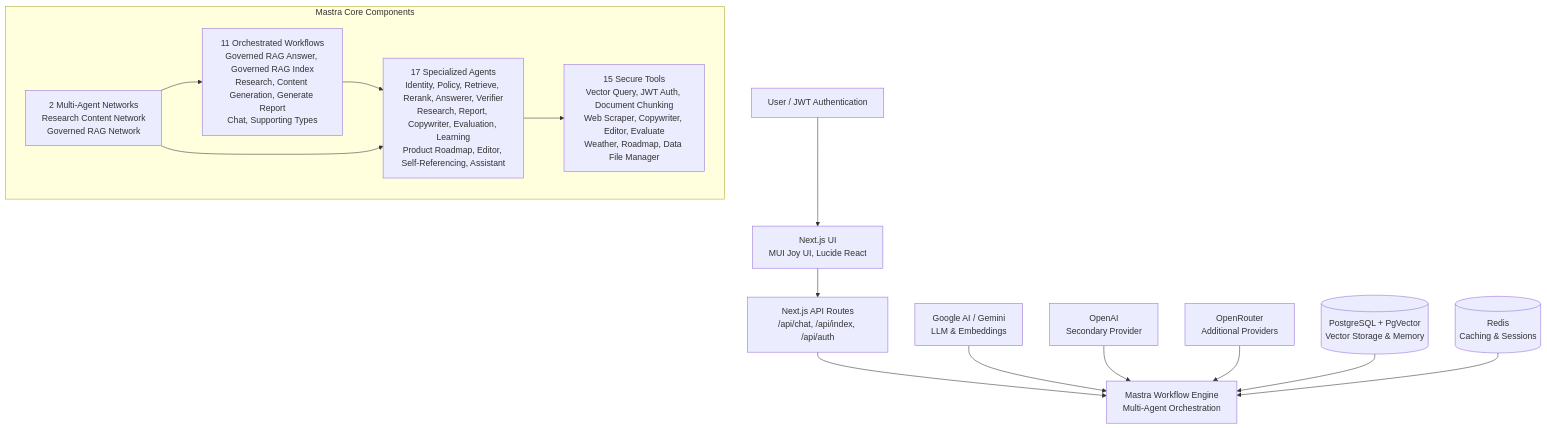
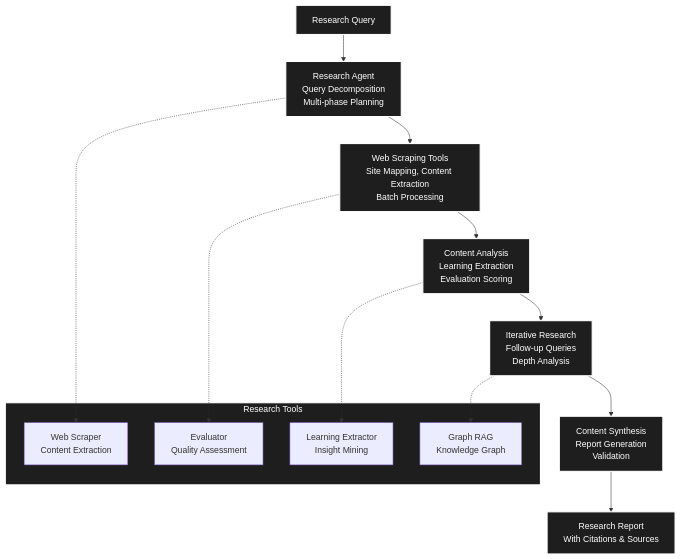
The second of 3 diagrams in README.md (ssdeanx/secure-rag-multi-agent), drawn with Mermaid before and after one commit. The commit also changed other lines of this file and 9 other files, not shown here.

````diff
--- a/README.md
+++ b/README.md
@@ -36,25 +144,38 @@
 ```mermaid
-graph TB
-    User[User / JWT Authentication] --> UI[Next.js UI<br/>MUI Joy UI, Lucide React]
-    UI --> API[Next.js API Routes<br/>/api/chat, /api/index, /api/auth]
-    API --> Mastra[Mastra Workflow Engine<br/>Multi-Agent Orchestration]
+flowchart TD
+    %% Research Input
+    A[Research Query] --> B[Research Agent<br/>Query Decomposition<br/>Multi-phase Planning]
 
-    GoogleAI[Google AI / Gemini<br/>LLM & Embeddings] --> Mastra
-    OpenAI[OpenAI<br/>Secondary Provider] --> Mastra
-    OpenRouter[OpenRouter<br/>Additional Providers] --> Mastra
+    %% Initial Research Phase
+    B --> C[Web Scraping Tools<br/>Site Mapping, Content Extraction<br/>Batch Processing]
 
-    PostgreSQL[(PostgreSQL + PgVector<br/>Vector Storage & Memory)] --> Mastra
-    Redis[(Redis<br/>Caching & Sessions)] --> Mastra
+    %% Analysis Phase
+    C --> D[Content Analysis<br/>Learning Extraction<br/>Evaluation Scoring]
 
-    subgraph MastraInternal[Mastra Core Components]
-        Agents[17 Specialized Agents<br/>Identity, Policy, Retrieve, Rerank, Answerer, Verifier<br/>Research, Report, Copywriter, Evaluation, Learning<br/>Product Roadmap, Editor, Self-Referencing, Assistant]
-        Workflows[11 Orchestrated Workflows<br/>Governed RAG Answer, Governed RAG Index<br/>Research, Content Generation, Generate Report<br/>Chat, Supporting Types]
-        Tools[15 Secure Tools<br/>Vector Query, JWT Auth, Document Chunking<br/>Web Scraper, Copywriter, Editor, Evaluate<br/>Weather, Roadmap, Data File Manager]
-        Networks[2 Multi-Agent Networks<br/>Research Content Network<br/>Governed RAG Network]
+    %% Follow-up Research
+    D --> E[Iterative Research<br/>Follow-up Queries<br/>Depth Analysis]
+
+    %% Synthesis Phase
+    E --> F[Content Synthesis<br/>Report Generation<br/>Validation]
+
+    %% Output
+    F --> G[Research Report<br/>With Citations & Sources]
+
+    %% Supporting Tools
+    subgraph H["Research Tools"]
+        I[Web Scraper<br/>Content Extraction]
+        J[Evaluator<br/>Quality Assessment]
+        K[Learning Extractor<br/>Insight Mining]
+        L[Graph RAG<br/>Knowledge Graph]
     end
 
-    Agents --> Tools
-    Workflows --> Agents
-    Networks --> Workflows
-    Networks --> Agents
+    %% Tool Integration
+    B -.-> I
+    C -.-> J
+    D -.-> K
+    E -.-> L
+
+    %% Styling for Dark Mode
+    classDef darkMode fill:#1e1e1e,stroke:#ffffff,stroke-width:2px,color:#ffffff
+    class A,B,C,D,E,F,G,H darkMode
 ```
````
